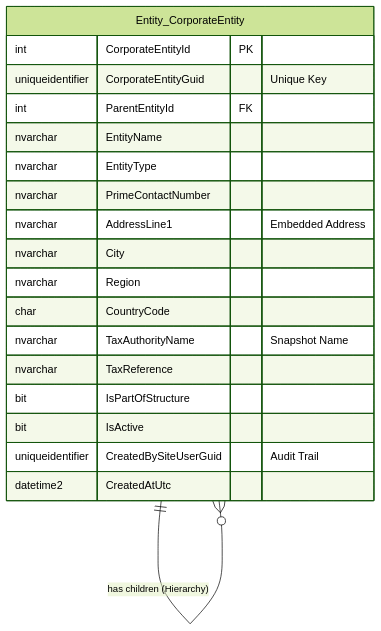
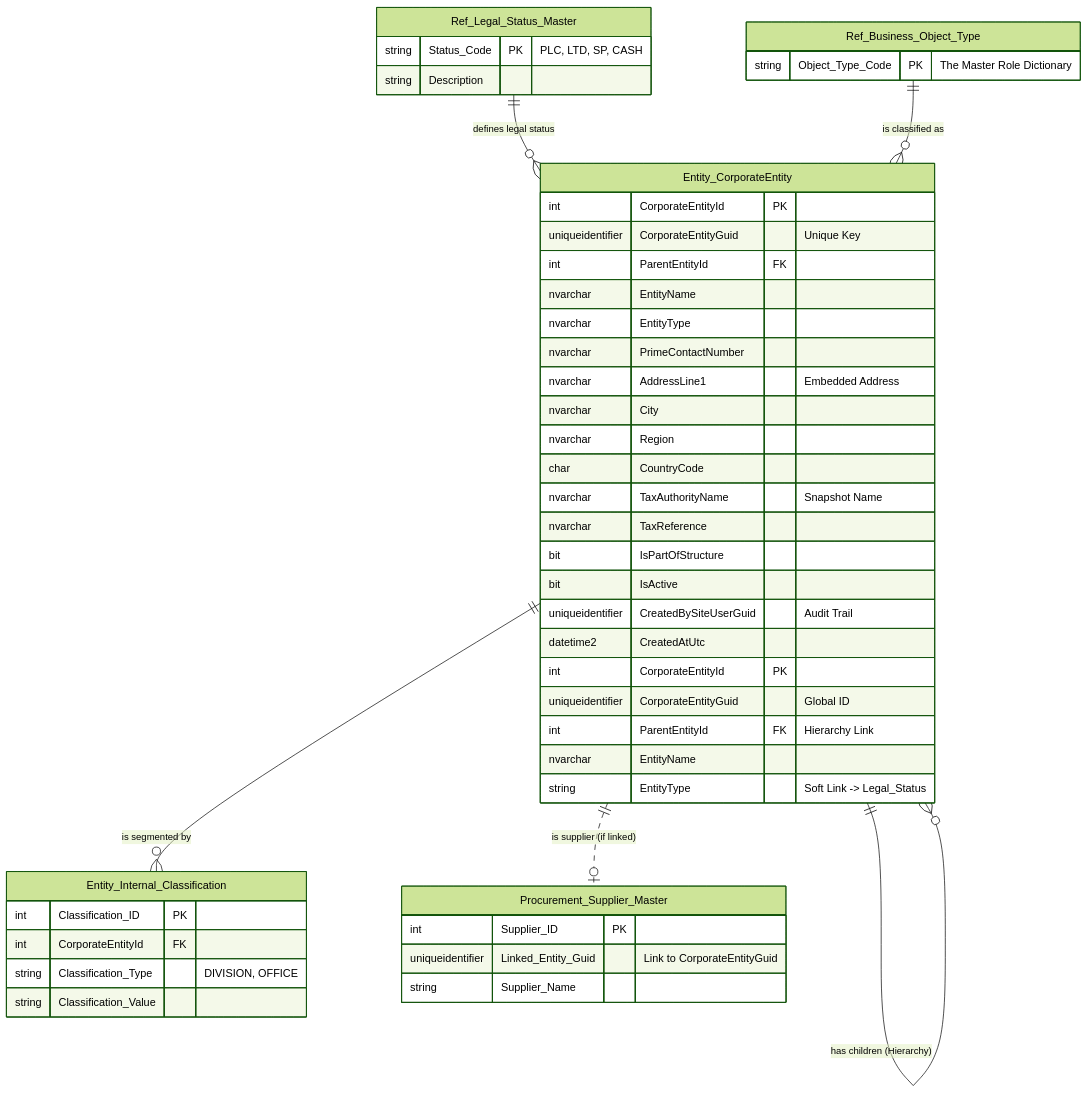
The diagram in 003 DETAILED SPECIFICATIONS IS09001/Z- Data Entites/Z-01 CorporateEntity.md (NeilWP/SUSTINA_CAB), drawn with Mermaid (forest theme) before and after one commit. The commit also changed other lines of this file, not shown here.

Commit message:
Update Z-01 CorporateEntity.md

````diff
--- a/003 DETAILED SPECIFICATIONS IS09001/Z- Data Entites/Z-01 CorporateEntity.md
+++ b/003 DETAILED SPECIFICATIONS IS09001/Z- Data Entites/Z-01 CorporateEntity.md
@@ -10,28 +12,82 @@
 ```mermaid
 erDiagram
     %% =======================================================
     %% THE CORE BUSINESS OBJECT
     %% =======================================================
     Entity_CorporateEntity {
         int CorporateEntityId PK
         uniqueidentifier CorporateEntityGuid "Unique Key"
         int ParentEntityId FK
         nvarchar EntityName
         nvarchar EntityType
         nvarchar PrimeContactNumber
         nvarchar AddressLine1 "Embedded Address"
         nvarchar City
         nvarchar Region
         char CountryCode
         nvarchar TaxAuthorityName "Snapshot Name"
         nvarchar TaxReference
         bit IsPartOfStructure
         bit IsActive
         uniqueidentifier CreatedBySiteUserGuid "Audit Trail"
         datetime2 CreatedAtUtc
     }
 
     %% RELATIONSHIP: Recursive Hierarchy (Parent/Child)
     %% The 'o{' end indicates that a single Parent (||) can have zero or more (o{) Children.
     Entity_CorporateEntity ||--o{ Entity_CorporateEntity : "has children (Hierarchy)"
+
+
+
+    %% =======================================================
+    %% 1. THE CORE OBJECT (The Single Source)
+    %% =======================================================
+    Entity_CorporateEntity {
+        int CorporateEntityId PK
+        uniqueidentifier CorporateEntityGuid "Global ID"
+        int ParentEntityId FK "Hierarchy Link"
+        nvarchar EntityName
+        string EntityType "Soft Link -> Legal_Status"
+    }
+
+    %% =======================================================
+    %% 2. NEW CLASSIFICATION STRUCTURES
+    %% =======================================================
+    Ref_Legal_Status_Master {
+        string Status_Code PK "PLC, LTD, SP, CASH"
+        string Description
+    }
+
+    Entity_Internal_Classification {
+        int Classification_ID PK
+        int CorporateEntityId FK
+        string Classification_Type "DIVISION, OFFICE"
+        string Classification_Value
+    }
+
+    Ref_Business_Object_Type {
+        string Object_Type_Code PK "The Master Role Dictionary"
+    }
+    
+    Procurement_Supplier_Master {
+        int Supplier_ID PK
+        uniqueidentifier Linked_Entity_Guid "Link to CorporateEntityGuid"
+        string Supplier_Name
+    }
+
+    %% =======================================================
+    %% RELATIONSHIPS (LOGICAL SOFT LINKS)
+    %% =======================================================
+
+    %% A. Internal Hierarchy & Segmentation
+    Entity_CorporateEntity ||--o{ Entity_CorporateEntity : "has children (Hierarchy)"
+    Entity_CorporateEntity ||--o{ Entity_Internal_Classification : "is segmented by"
+
+    %% B. External Identity & Legal Status
+    Ref_Legal_Status_Master ||--o{ Entity_CorporateEntity : "defines legal status"
+    Ref_Business_Object_Type ||--o{ Entity_CorporateEntity : "is classified as"
+
+    %% C. Role Overlap (Supplier/Client)
+    %% An entity becomes a supplier when linked in this table
+    Entity_CorporateEntity ||..o| Procurement_Supplier_Master : "is supplier (if linked)"
 ```
````
